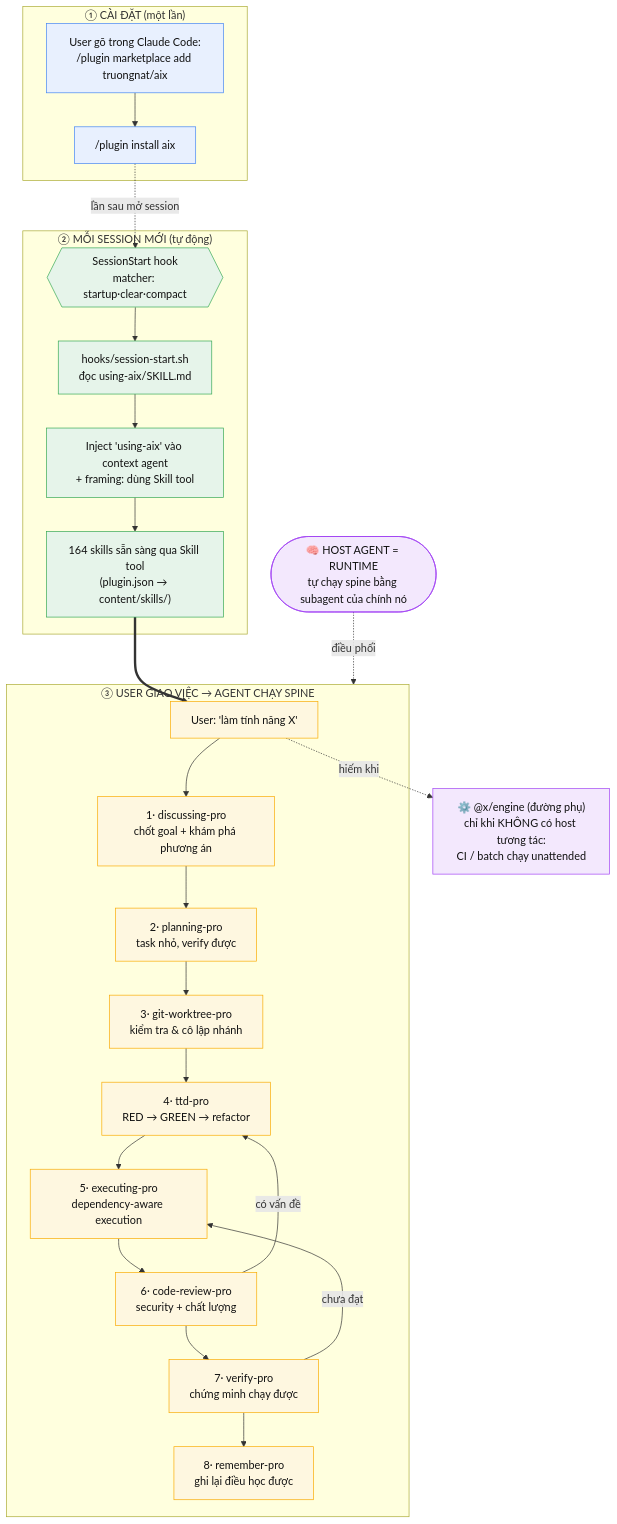
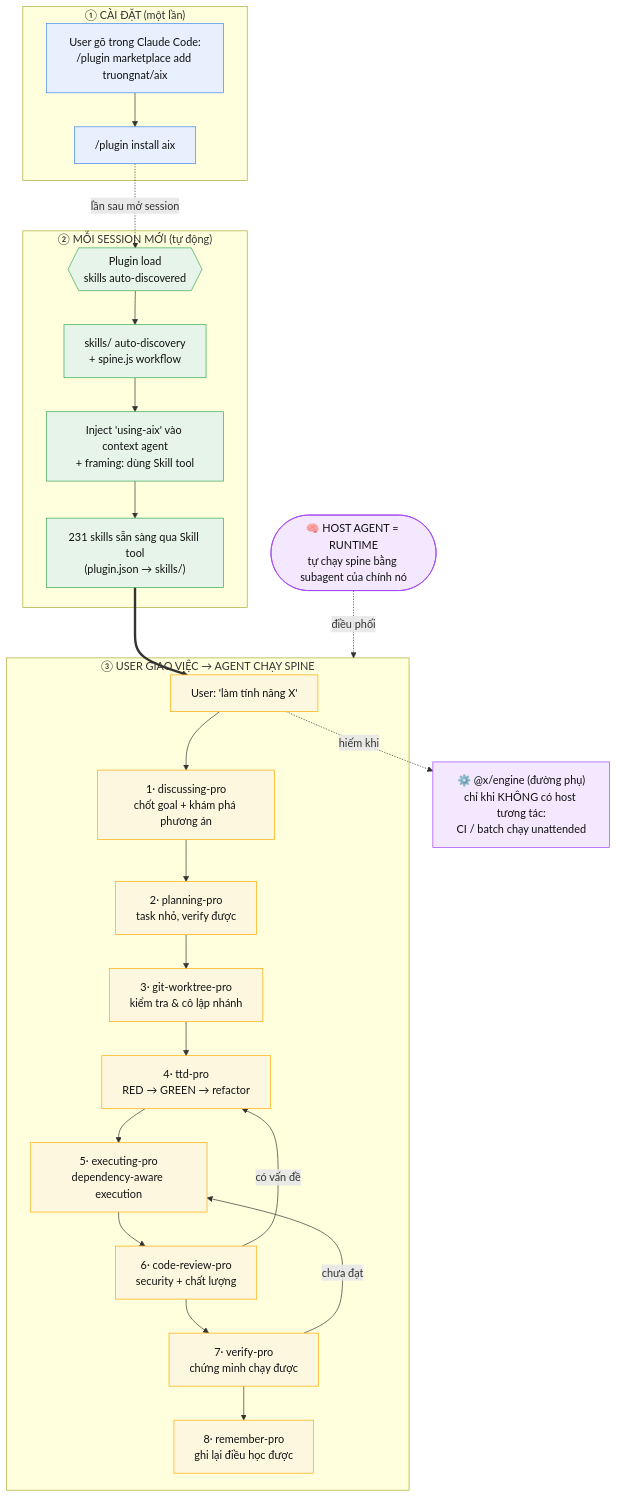
The diagram in docs/user-journey.md (truongnat/aix), drawn with Mermaid before and after one commit. The commit also changed other lines of this file and 370 other files, not shown here.

````diff
--- a/docs/user-journey.md
+++ b/docs/user-journey.md
@@ -16,50 +16,50 @@
 ```mermaid
 flowchart TD
     subgraph SETUP["①  CÀI ĐẶT (một lần)"]
         A1["User gõ trong Claude Code:<br/>/plugin marketplace add truongnat/aix"]
         A2["/plugin install aix"]
         A1 --> A2
     end
 
     subgraph START["②  MỖI SESSION MỚI (tự động)"]
-        B1{{"SessionStart hook<br/>matcher: startup·clear·compact"}}
-        B2["hooks/session-start.sh<br/>đọc using-aix/SKILL.md"]
+        B1{{"Plugin load<br/>skills auto-discovered"}}
+        B2["skills/ auto-discovery<br/>+ spine.js workflow"]
         B3["Inject 'using-aix' vào context agent<br/>+ framing: dùng Skill tool"]
-        B4["164 skills sẵn sàng qua Skill tool<br/>(plugin.json → content/skills/)"]
+        B4["231 skills sẵn sàng qua Skill tool<br/>(plugin.json → skills/)"]
         B1 --> B2 --> B3 --> B4
     end
 
     subgraph WORK["③  USER GIAO VIỆC → AGENT CHẠY SPINE"]
         C0["User: 'làm tính năng X'"]
         C1["1· discussing-pro<br/>chốt goal + khám phá phương án"]
         C2["2· planning-pro<br/>task nhỏ, verify được"]
         C3["3· git-worktree-pro<br/>kiểm tra & cô lập nhánh"]
         C4["4· ttd-pro<br/>RED → GREEN → refactor"]
         C5["5· executing-pro<br/>dependency-aware execution"]
         C6["6· code-review-pro<br/>security + chất lượng"]
         C7["7· verify-pro<br/>chứng minh chạy được"]
         C8["8· remember-pro<br/>ghi lại điều học được"]
         C0 --> C1 --> C2 --> C3 --> C4 --> C5 --> C6 --> C7 --> C8
     end
 
     A2 -.->|"lần sau mở session"| B1
     B4 ==> C0
 
     C6 -->|"có vấn đề"| C4
     C7 -->|"chưa đạt"| C5
 
     HOST(["🧠 HOST AGENT = RUNTIME<br/>tự chạy spine bằng subagent của chính nó"])
     HOST -.->|"điều phối"| WORK
 
     AUX["⚙️ @x/engine (đường phụ)<br/>chỉ khi KHÔNG có host tương tác:<br/>CI / batch chạy unattended"]
     C0 -.->|"hiếm khi"| AUX
 
     classDef setup fill:#e8f0fe,stroke:#4285f4,color:#111
     classDef start fill:#e6f4ea,stroke:#34a853,color:#111
     classDef spine fill:#fef7e0,stroke:#f9ab00,color:#111
     classDef aux fill:#f3e8fd,stroke:#a142f4,color:#111
     class A1,A2 setup
     class B1,B2,B3,B4 start
     class C0,C1,C2,C3,C4,C5,C6,C7,C8,C9 spine
     class AUX,HOST aux
 ```
````
